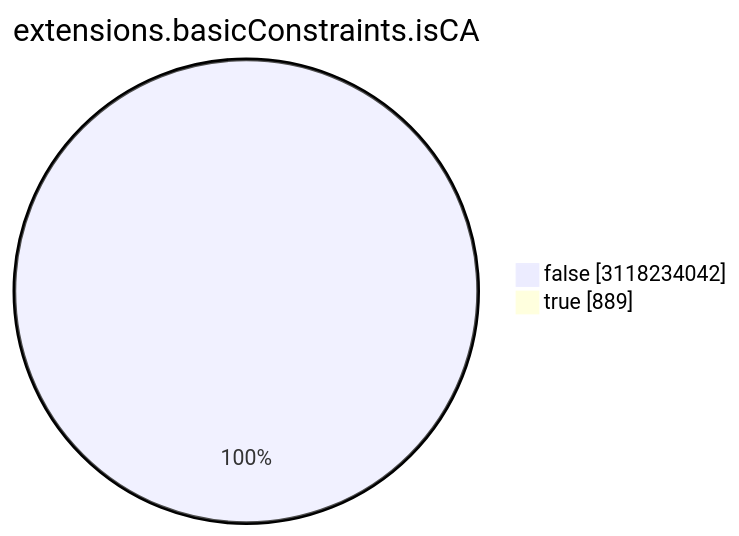
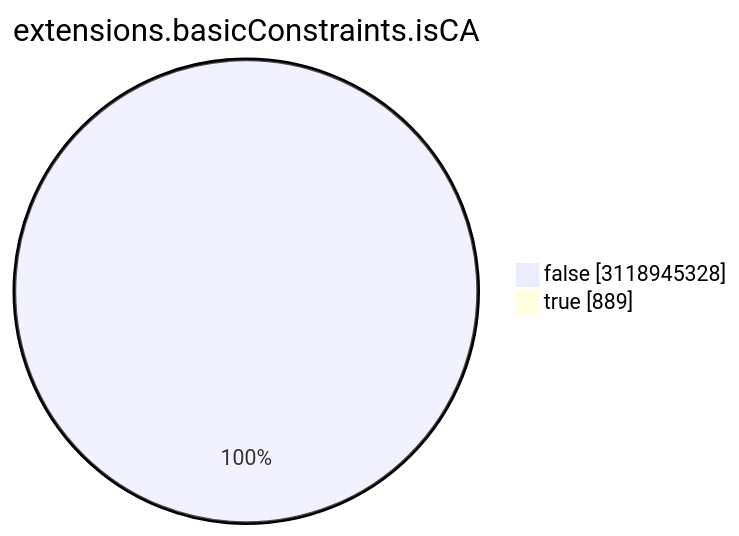
The seventh of 15 diagrams in TOTAL/README.md (christiankrug/ctmonitor_visualization), drawn with Mermaid before and after one commit. The commit also changed other lines of this file, not shown here.

````diff
--- a/TOTAL/README.md
+++ b/TOTAL/README.md
@@ -3088,6 +3088,6 @@
 ```mermaid
 pie showData
 title extensions.basicConstraints.isCA
-"false" :3118234042
+"false" :3118945328
 "true" :889
 ```
````
